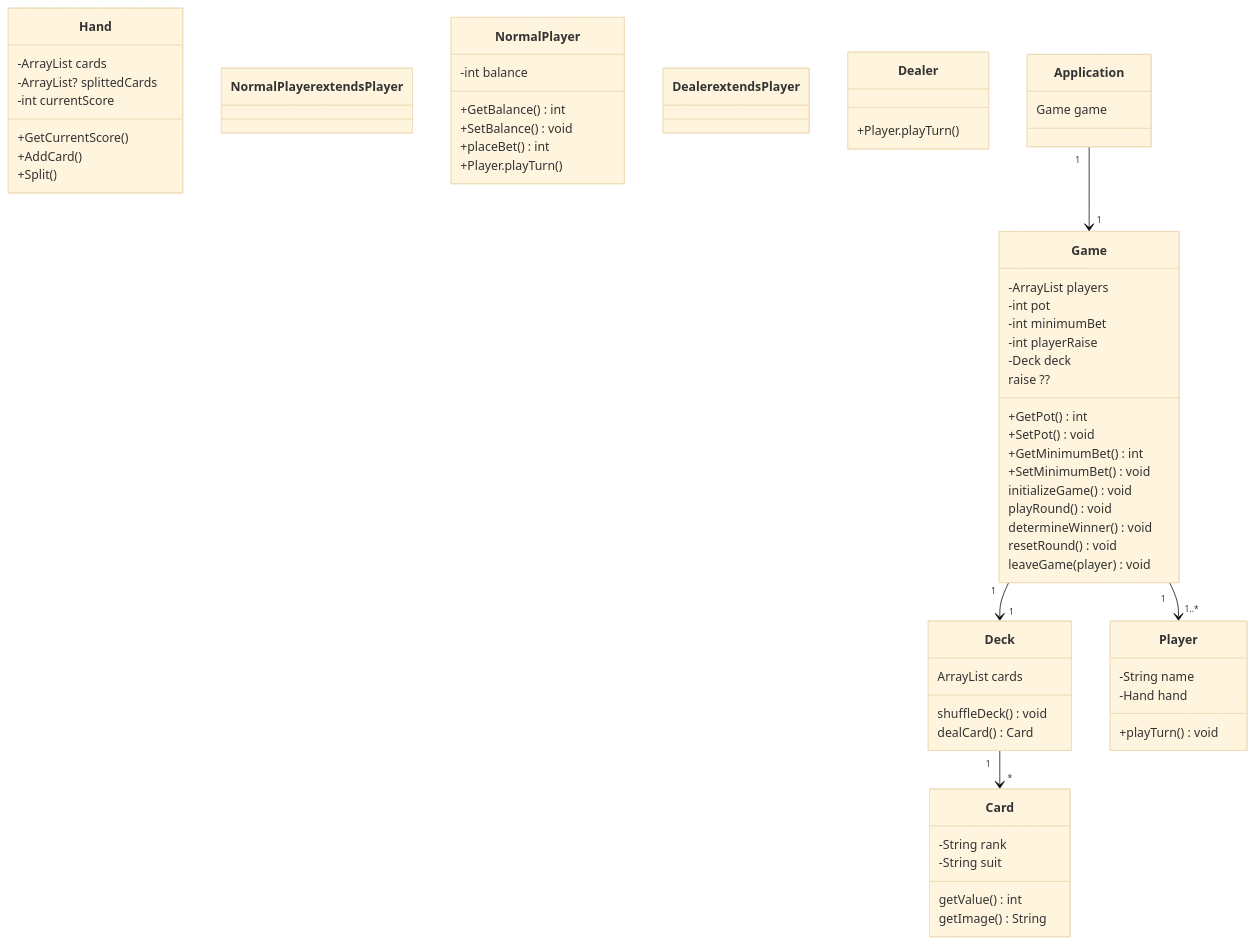
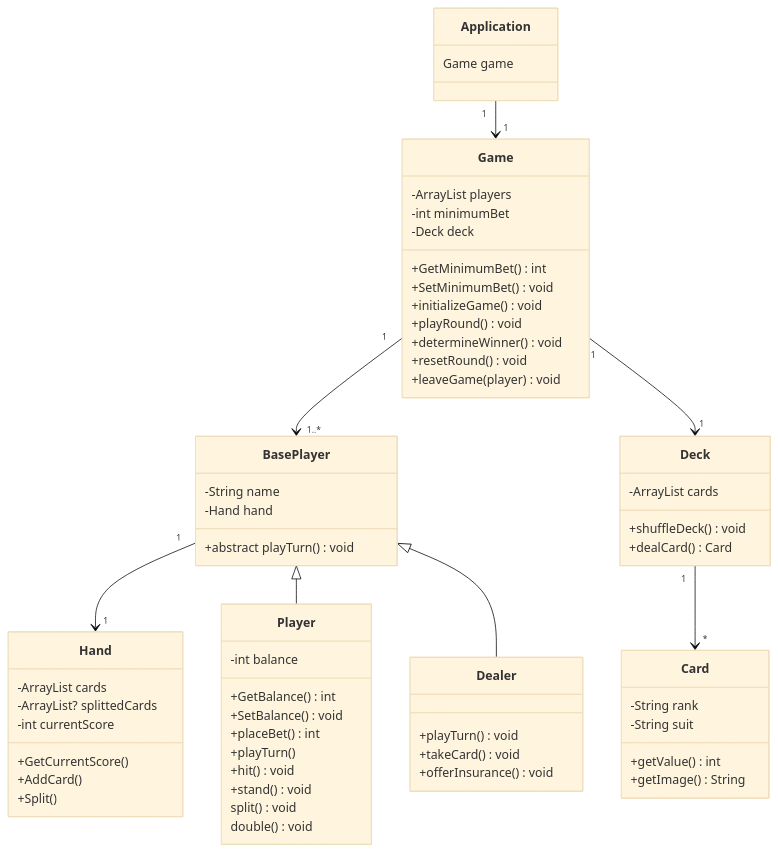
The diagram in project management/technical documentation/Class Diagramm.md (KIskvc/KRAcH), drawn with Mermaid (base theme) before and after one commit.

Commit message:
#5 Adapted Class Diagramm

````diff
--- a/project management/technical documentation/Class Diagramm.md
+++ b/project management/technical documentation/Class Diagramm.md
@@ -3,64 +3,70 @@
 ```mermaid
 classDiagram
 	class Card
 	Card : -String rank
 	Card : -String suit
-	Card : getValue() int
-	Card : getImage() String
+	Card : +getValue() int
+	Card : +getImage() String
 
 	class Deck
-	Deck : ArrayList<Card> cards
-	Deck : shuffleDeck() void
-	Deck : dealCard() Card
+	Deck : -ArrayList<Card> cards
+	Deck : +shuffleDeck() void
+	Deck : +dealCard() Card
 
 	Deck "1" --> "*" Card
 
 	class Hand
 	Hand : -ArrayList<Cards> cards
 	Hand : -ArrayList<Cards>? splittedCards
 	Hand : -int currentScore
 	Hand : +GetCurrentScore()
 	Hand : +AddCard()
 	Hand : +Split()	
 	
+	class BasePlayer
+	BasePlayer : -String name
+	BasePlayer : -Hand hand
+	BasePlayer : +abstract playTurn () void
+
+	BasePlayer "1" --> "1" Hand
+
 	class Player
-	Player : -String name
-	Player : -Hand hand
-	Player : +playTurn () void
+	Player : -int balance
+	Player : +GetBalance() int
+	Player : +SetBalance() void
+	Player : +placeBet() int
+	Player : +playTurn()
+	Player : +hit() void
+	Player : +stand() void
+	Player : split() void
+	Player : double() void
 	
-	class NormalPlayer extends Player
-	NormalPlayer : -int balance
-	NormalPlayer : +GetBalance() int
-	NormalPlayer : +SetBalance() void
-	NormalPlayer : +placeBet() int
-	NormalPlayer : +Player.playTurn()
+	class Dealer
+	Dealer : +playTurn() void
+	Dealer : +takeCard() void
+	Dealer : +offerInsurance() void
 
-	class Dealer extends Player
-	Dealer : +Player.playTurn()
+	BasePlayer <|-- Player
+	BasePlayer <|-- Dealer
 
 	class Game
 	Game : -ArrayList<Player> players
-	Game : -int pot
 	Game : -int minimumBet
-	Game : -int playerRaise
 	Game : -Deck deck
-	Game : +GetPot() int
-	Game : +SetPot() void
 	Game : +GetMinimumBet() int
 	Game : +SetMinimumBet() void
-	Game : raise ??
-	Game : initializeGame() void
-	Game : playRound() void
-	Game : determineWinner() void
-	Game : resetRound() void
-	Game : leaveGame(player) void	
+	Game : +initializeGame() void
+	Game : +playRound() void
+	Game : +determineWinner() void
+	Game : +resetRound() void
+	Game : +leaveGame(player) void	
 
-	Game "1" --> "1..*" Player
+	Game "1" --> "1..*" BasePlayer
 	Game "1" --> "1" Deck
 
 	class Application
 	Application : Game game
 
 	Application "1" --> "1" Game
 	
 ```
````
